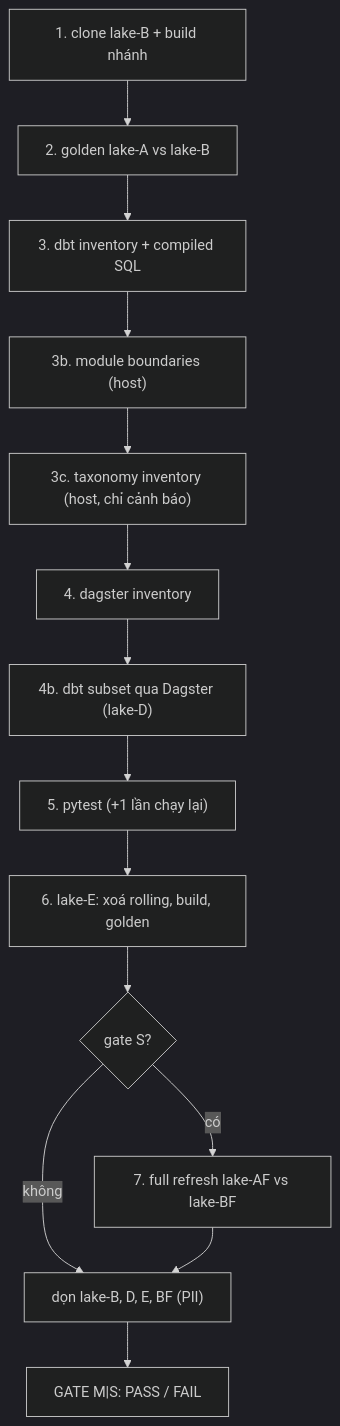
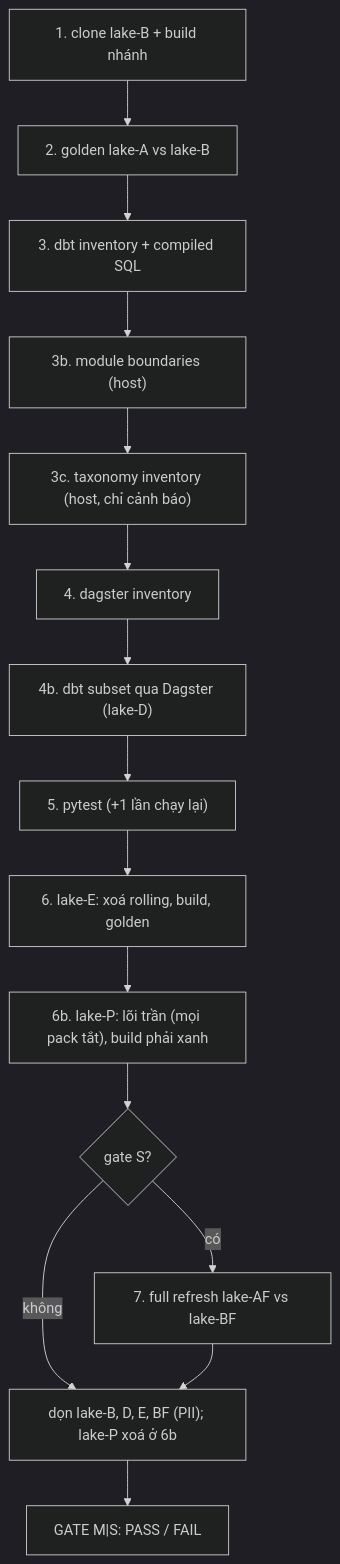
The fourth of 4 diagrams in docs/operations/refactor-safety-harness.md (vantt/data-integration), drawn with Mermaid (dark theme) before and after one commit. The commit also changed other lines of this file and 23 other files, not shown here.

````diff
--- a/docs/operations/refactor-safety-harness.md
+++ b/docs/operations/refactor-safety-harness.md
@@ -284,16 +288,17 @@
 ```mermaid
 flowchart TB
     S1["1. clone lake-B + build nhánh"] --> S2["2. golden lake-A vs lake-B"]
     S2 --> S3["3. dbt inventory + compiled SQL"]
     S3 --> S3b["3b. module boundaries (host)"]
     S3b --> S3c["3c. taxonomy inventory (host, chỉ cảnh báo)"]
     S3c --> S4["4. dagster inventory"]
     S4 --> S4b["4b. dbt subset qua Dagster (lake-D)"]
     S4b --> S5["5. pytest (+1 lần chạy lại)"]
     S5 --> S6["6. lake-E: xoá rolling, build, golden"]
-    S6 --> Q{"gate S?"}
+    S6 --> S6b["6b. lake-P: lõi trần (mọi pack tắt), build phải xanh"]
+    S6b --> Q{"gate S?"}
     Q -- có --> S7["7. full refresh lake-AF vs lake-BF"]
     Q -- không --> CL
-    S7 --> CL["dọn lake-B, D, E, BF (PII)"]
+    S7 --> CL["dọn lake-B, D, E, BF (PII); lake-P xoá ở 6b"]
     CL --> R["GATE M|S: PASS / FAIL"]
 ```
````
